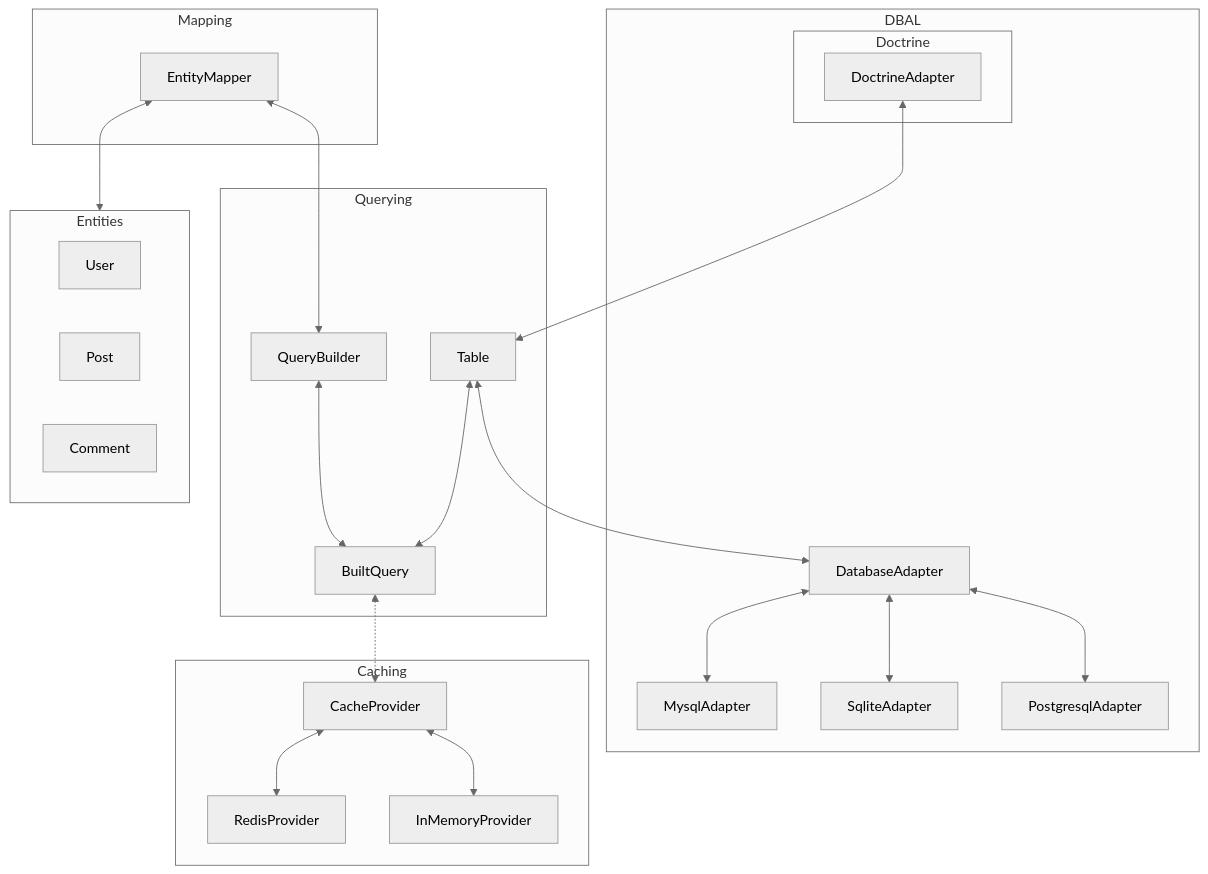
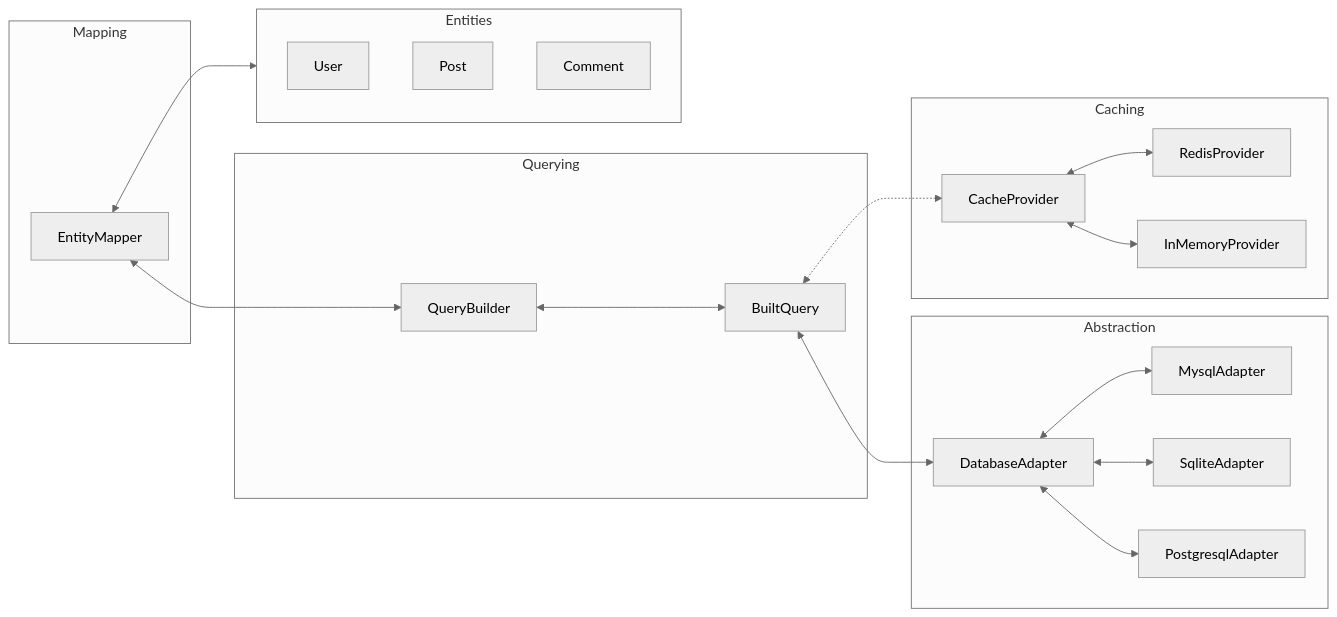
One commit to elephox-dev/framework changed the first of 2 diagrams in modules/DB/docs/overview.md. Above: the diagram before and after it, drawn with Mermaid (neutral theme). The commit also changed other lines of this file and 52 other files, not shown here.

````diff
--- a/modules/DB/docs/overview.md
+++ b/modules/DB/docs/overview.md
@@ -1,38 +1,32 @@
 ```mermaid
-flowchart
+flowchart LR
     subgraph Querying
-    Table <--> BuiltQuery
-    QueryBuilder <--> BuiltQuery
+        QueryBuilder <--> BuiltQuery
     end
-    
-        subgraph DBAL
+
+        subgraph Abstraction
             DatabaseAdapter <--> MysqlAdapter
             DatabaseAdapter <--> SqliteAdapter
             DatabaseAdapter <--> PostgresqlAdapter
-            
-            subgraph Doctrine
-                DoctrineAdapter
-            end
         end
-    
+
         subgraph Mapping
             EntityMapper
         end
     
         subgraph Entities
             User
             Post
             Comment
         end
     
         subgraph Caching
             CacheProvider <--> RedisProvider
             CacheProvider <--> InMemoryProvider
         end
-    
+
         BuiltQuery <-.-> CacheProvider
-        Table <--> DatabaseAdapter
-        DoctrineAdapter <--> Table
+        BuiltQuery <--> DatabaseAdapter
         EntityMapper <--> Entities
         EntityMapper <--> QueryBuilder
 ```
````
